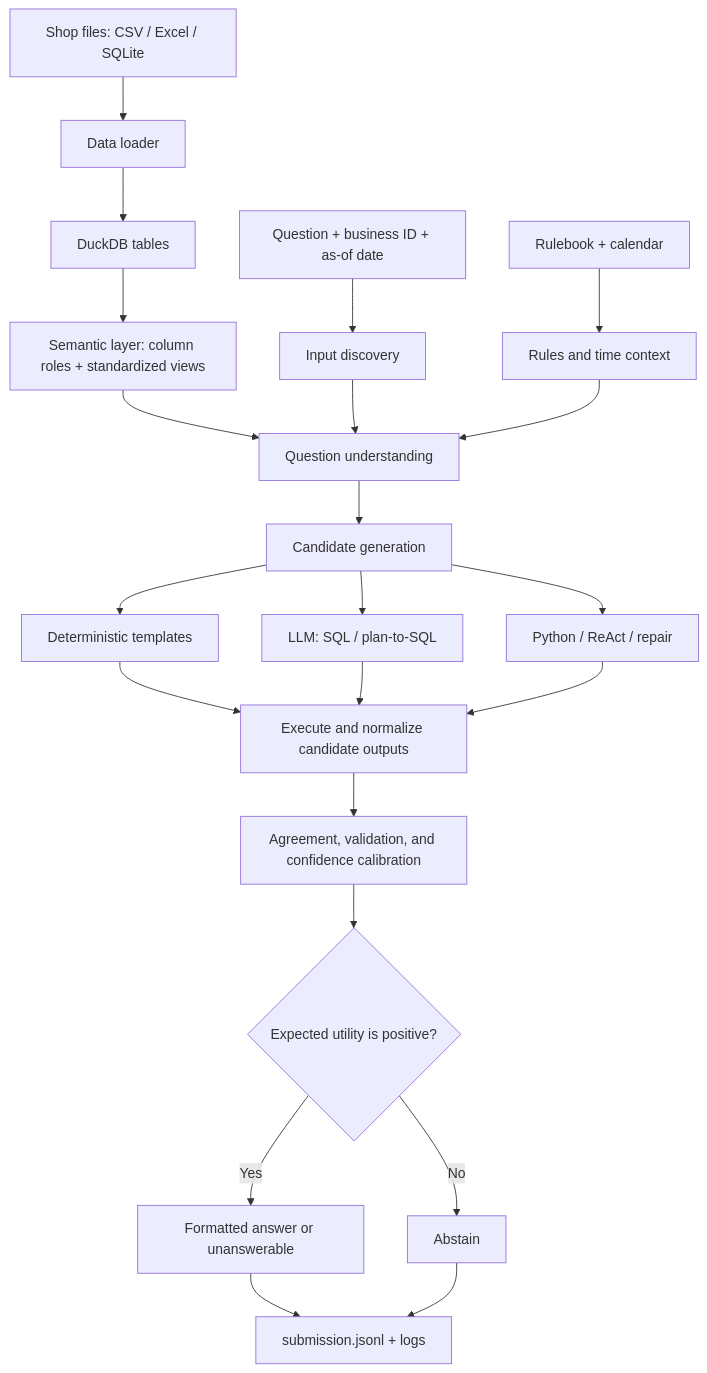
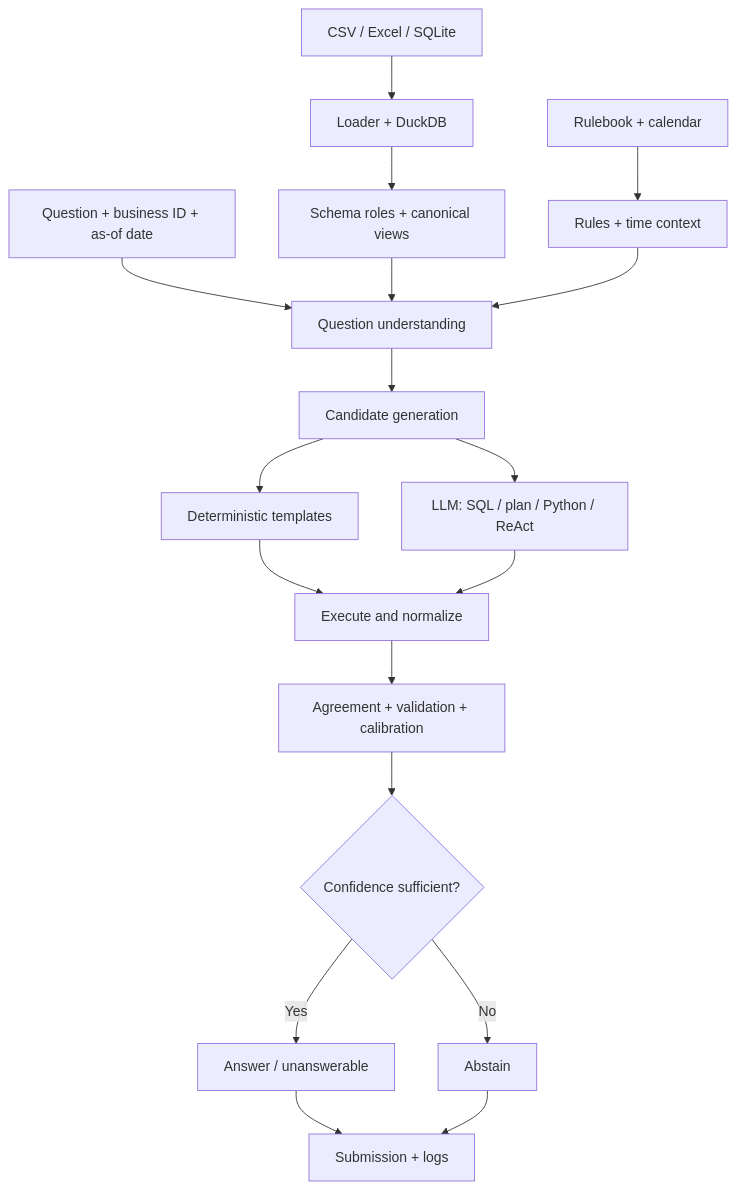
One commit to AIVIETNAM-AIO-khaisiubeo/data-agent-ver1 changed the diagram in README.md. Above: the diagram before and after it, drawn with Mermaid. The commit also changed other lines of this file, not shown here.

````diff
--- a/README.md
+++ b/README.md
@@ -20,24 +37,20 @@
 ```mermaid
 flowchart TD
-    A["Question + business ID + as-of date"] --> B["Input discovery"]
-    D["Shop files: CSV / Excel / SQLite"] --> C["Data loader"]
-    R["Rulebook + calendar"] --> E["Rules and time context"]
-    C --> F["DuckDB tables"]
-    F --> G["Semantic layer: column roles + standardized views"]
-    G --> H["Question understanding"]
-    B --> H
-    E --> H
-    H --> I["Candidate generation"]
-    I --> I1["Deterministic templates"]
-    I --> I2["LLM: SQL / plan-to-SQL"]
-    I --> I3["Python / ReAct / repair"]
-    I1 --> J["Execute and normalize candidate outputs"]
-    I2 --> J
-    I3 --> J
-    J --> K["Agreement, validation, and confidence calibration"]
-    K --> L{"Expected utility is positive?"}
-    L -->|Yes| M["Formatted answer or unanswerable"]
-    L -->|No| N["Abstain"]
-    M --> O["submission.jsonl + logs"]
-    N --> O
+    Q["Question + business ID + as-of date"] --> U["Question understanding"]
+    F["CSV / Excel / SQLite"] --> L["Loader + DuckDB"]
+    L --> S["Schema roles + canonical views"]
+    R["Rulebook + calendar"] --> C["Rules + time context"]
+    S --> U
+    C --> U
+    U --> G["Candidate generation"]
+    G --> T["Deterministic templates"]
+    G --> M["LLM: SQL / plan / Python / ReAct"]
+    T --> E["Execute and normalize"]
+    M --> E
+    E --> V["Agreement + validation + calibration"]
+    V --> D{"Confidence sufficient?"}
+    D -->|Yes| A["Answer / unanswerable"]
+    D -->|No| X["Abstain"]
+    A --> O["Submission + logs"]
+    X --> O
 ```
````
